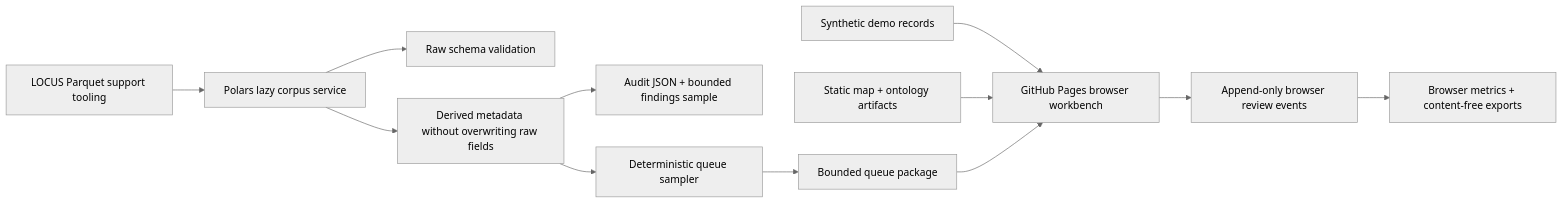
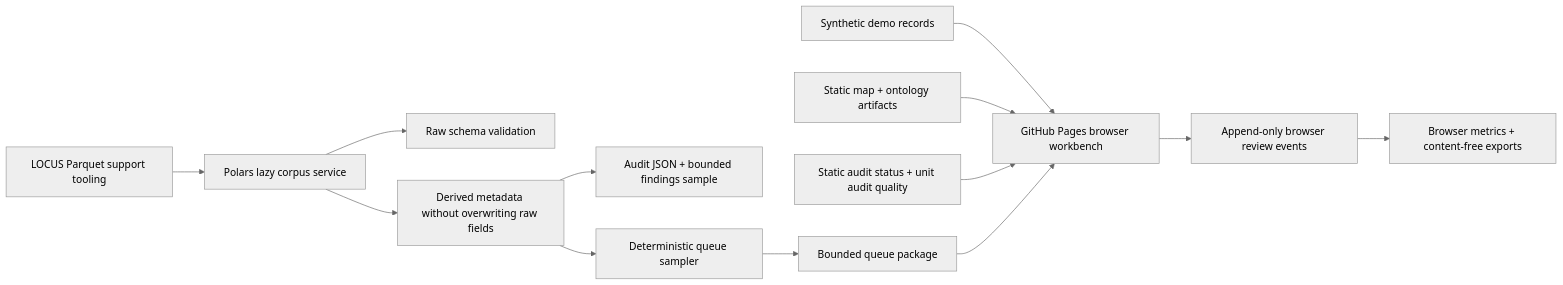
One commit to evcatalyst/evolocus changed the diagram in docs/local-law-analytics-platform.md. Above: the diagram before and after it, drawn with Mermaid (neutral theme). The commit also changed other lines of this file and 15 other files, not shown here.

Commit message:
feat: add unit audit quality map layer

````diff
--- a/docs/local-law-analytics-platform.md
+++ b/docs/local-law-analytics-platform.md
@@ -48,14 +49,15 @@
 ```mermaid
 flowchart LR
   A["LOCUS Parquet support tooling"] --> B["Polars lazy corpus service"]
   B --> C["Raw schema validation"]
   B --> D["Derived metadata without overwriting raw fields"]
   D --> E["Audit JSON + bounded findings sample"]
   D --> F["Deterministic queue sampler"]
   F --> G["Bounded queue package"]
   H["Synthetic demo records"] --> I["GitHub Pages browser workbench"]
   L["Static map + ontology artifacts"] --> I
+  M["Static audit status + unit audit quality"] --> I
   G --> I
   I --> J["Append-only browser review events"]
   J --> K["Browser metrics + content-free exports"]
 ```
````
